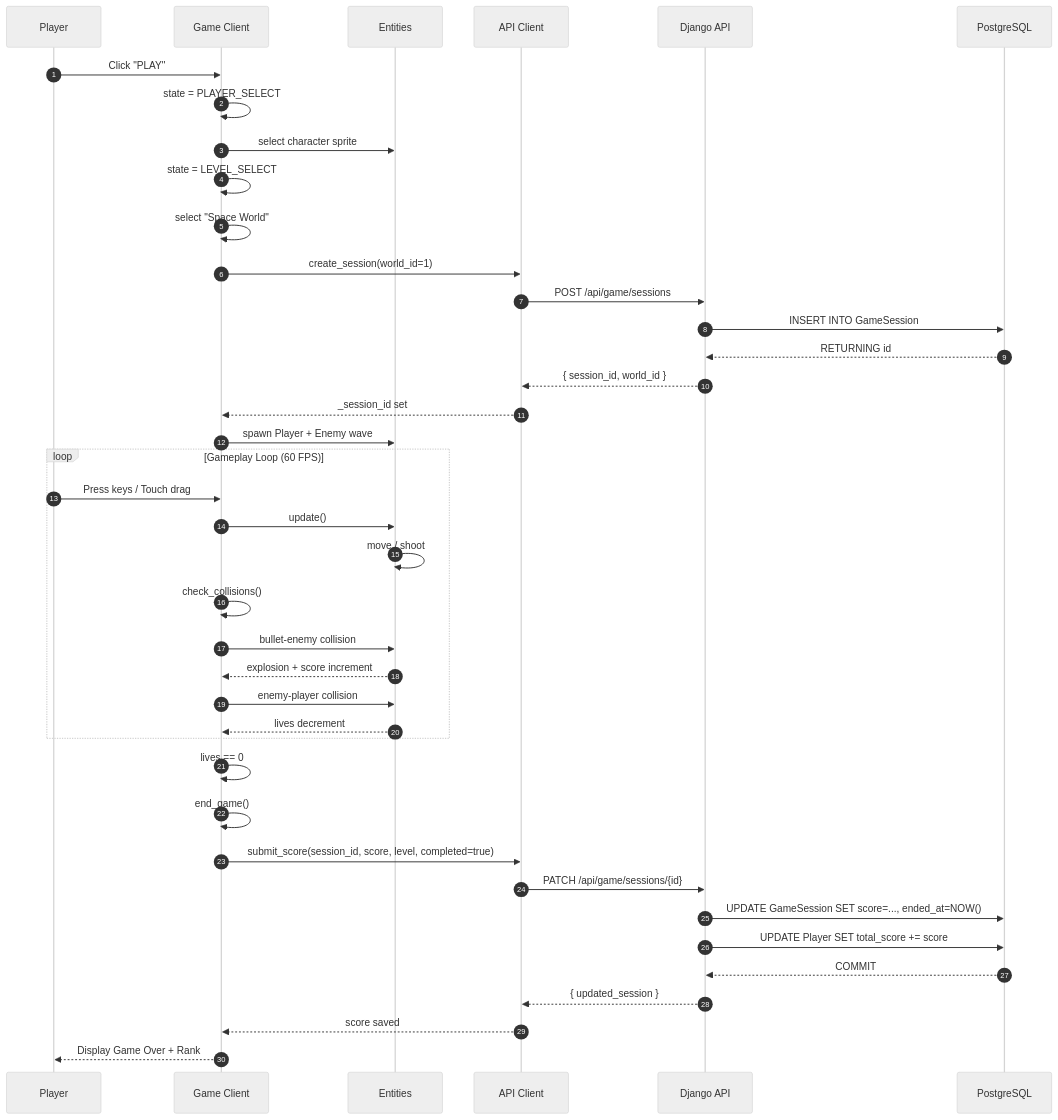
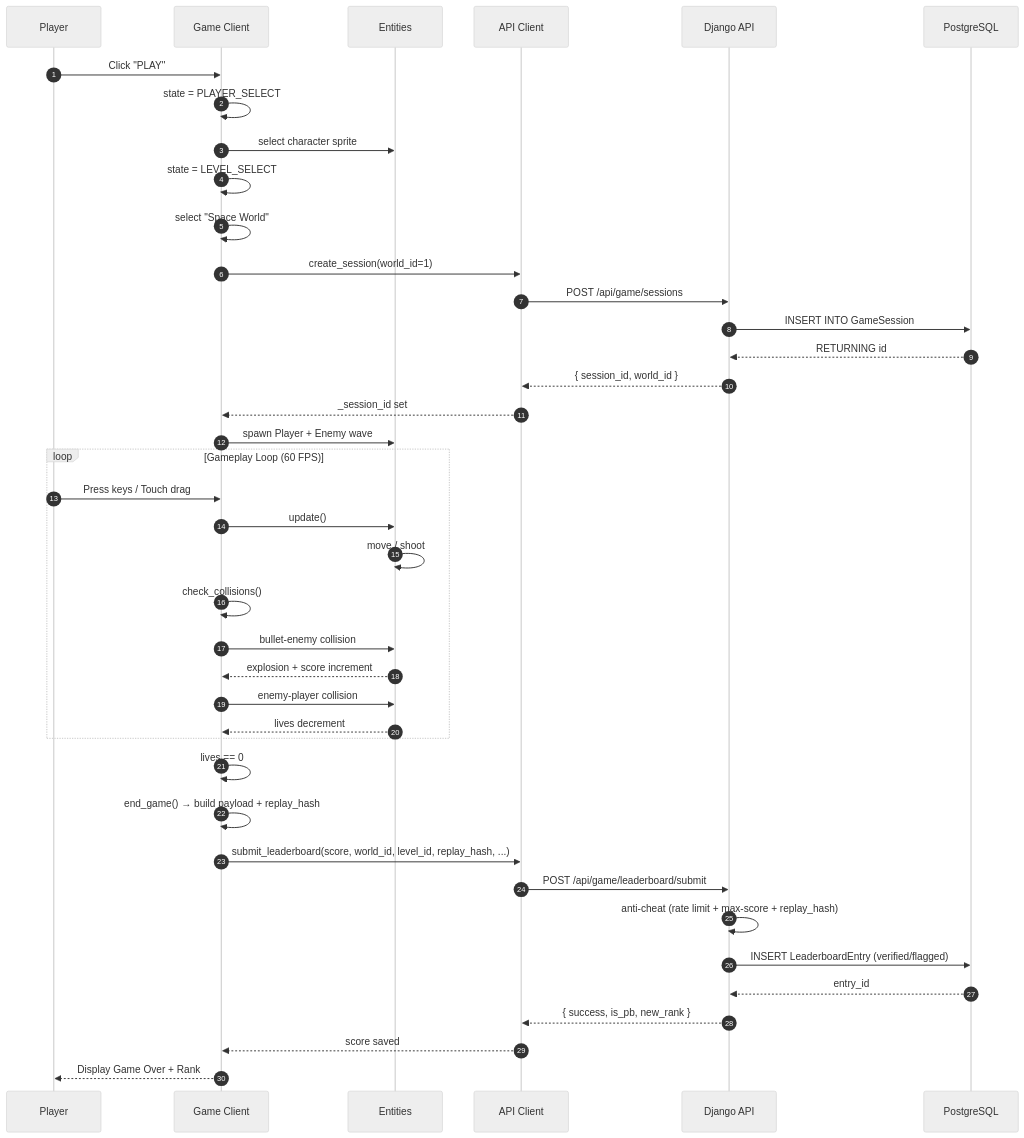
One commit to hugou74130/SI3LN_Python changed the fourth of 9 diagrams in STAGE3.md. Above: the diagram before and after it, drawn with Mermaid (neutral theme). The commit also changed other lines of this file, not shown here.

Commit message:
feat: update technical documentation for ARCAD3X game client, including API endpoints and score submission process

````diff
--- a/STAGE3.md
+++ b/STAGE3.md
@@ -718,45 +768,45 @@
 ```mermaid
 sequenceDiagram
     autonumber
     participant Player as Player
     participant GameClient as Game Client
     participant Entities as Entities
     participant APIClient as API Client
     participant DjangoAPI as Django API
     participant PostgreSQL as PostgreSQL
 
     Player->>GameClient: Click "PLAY"
     GameClient->>GameClient: state = PLAYER_SELECT
     GameClient->>Entities: select character sprite
     GameClient->>GameClient: state = LEVEL_SELECT
     GameClient->>GameClient: select "Space World"
     GameClient->>APIClient: create_session(world_id=1)
     APIClient->>DjangoAPI: POST /api/game/sessions
     DjangoAPI->>PostgreSQL: INSERT INTO GameSession
     PostgreSQL-->>DjangoAPI: RETURNING id
     DjangoAPI-->>APIClient: { session_id, world_id }
     APIClient-->>GameClient: _session_id set
     GameClient->>Entities: spawn Player + Enemy wave
 
     loop Gameplay Loop (60 FPS)
         Player->>GameClient: Press keys / Touch drag
         GameClient->>Entities: update()
         Entities->>Entities: move / shoot
         GameClient->>GameClient: check_collisions()
         GameClient->>Entities: bullet-enemy collision
         Entities-->>GameClient: explosion + score increment
         GameClient->>Entities: enemy-player collision
         Entities-->>GameClient: lives decrement
     end
 
     GameClient->>GameClient: lives == 0
-    GameClient->>GameClient: end_game()
-    GameClient->>APIClient: submit_score(session_id, score, level, completed=true)
-    APIClient->>DjangoAPI: PATCH /api/game/sessions/{id}
-    DjangoAPI->>PostgreSQL: UPDATE GameSession SET score=..., ended_at=NOW()
-    DjangoAPI->>PostgreSQL: UPDATE Player SET total_score += score
-    PostgreSQL-->>DjangoAPI: COMMIT
-    DjangoAPI-->>APIClient: { updated_session }
+    GameClient->>GameClient: end_game() → build payload + replay_hash
+    GameClient->>APIClient: submit_leaderboard(score, world_id, level_id, replay_hash, ...)
+    APIClient->>DjangoAPI: POST /api/game/leaderboard/submit
+    DjangoAPI->>DjangoAPI: anti-cheat (rate limit + max-score + replay_hash)
+    DjangoAPI->>PostgreSQL: INSERT LeaderboardEntry (verified/flagged)
+    PostgreSQL-->>DjangoAPI: entry_id
+    DjangoAPI-->>APIClient: { success, is_pb, new_rank }
     APIClient-->>GameClient: score saved
     GameClient-->>Player: Display Game Over + Rank
 ```
````
